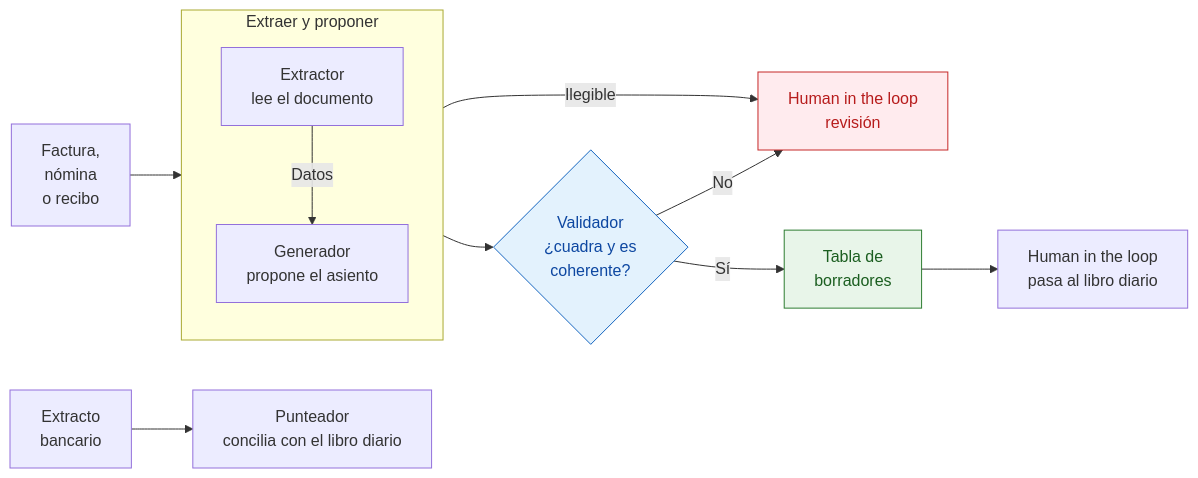
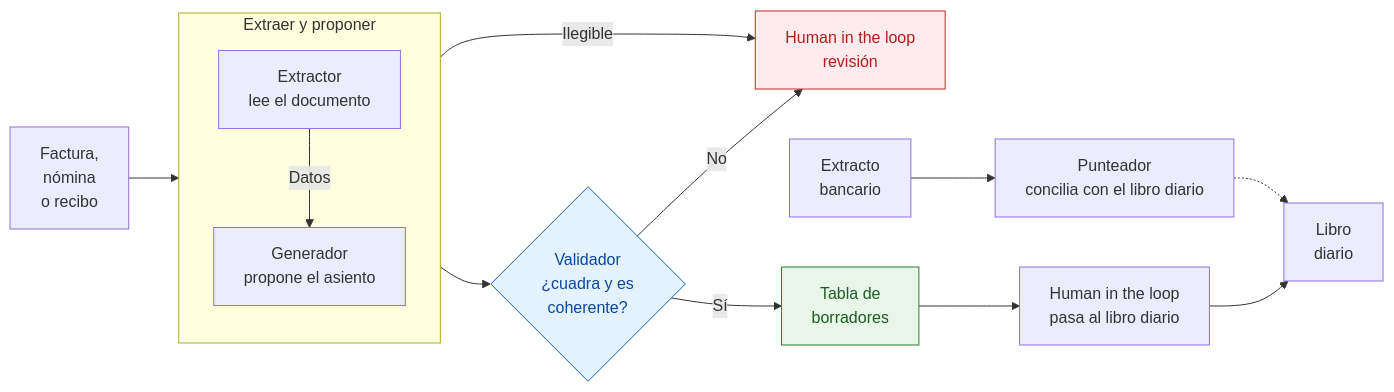
The diagram in README.md (jleonceo/accounting-agent-swarm), drawn with Mermaid before and after one commit. The commit also changed 1 other file, not shown here.

Commit message:
Esquema: el punteador queda unido al libro diario
El extracto bancario y el punteador estaban sueltos. Se añade la caja del
libro diario, adonde llega el asiento validado y contra el que se concilia.

````diff
--- a/README.md
+++ b/README.md
@@ -19,17 +19,19 @@
 ```mermaid
 flowchart LR
     D[Factura,<br/>nómina<br/>o recibo] --> S1
     subgraph S1[Extraer y proponer]
         direction TB
         E[Extractor<br/>lee el documento] -->|Datos| G[Generador<br/>propone el asiento]
     end
     S1 --> V{Validador<br/>¿cuadra y es<br/>coherente?}
     S1 -->|Ilegible| H[Human in the loop<br/>revisión]
     V -->|No| H
     V -->|Sí| BO[Tabla de<br/>borradores]
     BO --> H2[Human in the loop<br/>pasa al libro diario]
+    H2 --> LD[Libro<br/>diario]
     X[Extracto<br/>bancario] --> P[Punteador<br/>concilia con el libro diario]
+    P -.-> LD
     style V fill:#e3f2fd,stroke:#1565c0,color:#0d47a1
     style BO fill:#e8f5e9,stroke:#2e7d32,color:#1b5e20
     style H fill:#ffebee,stroke:#c62828,color:#b71c1c
 ```
````
